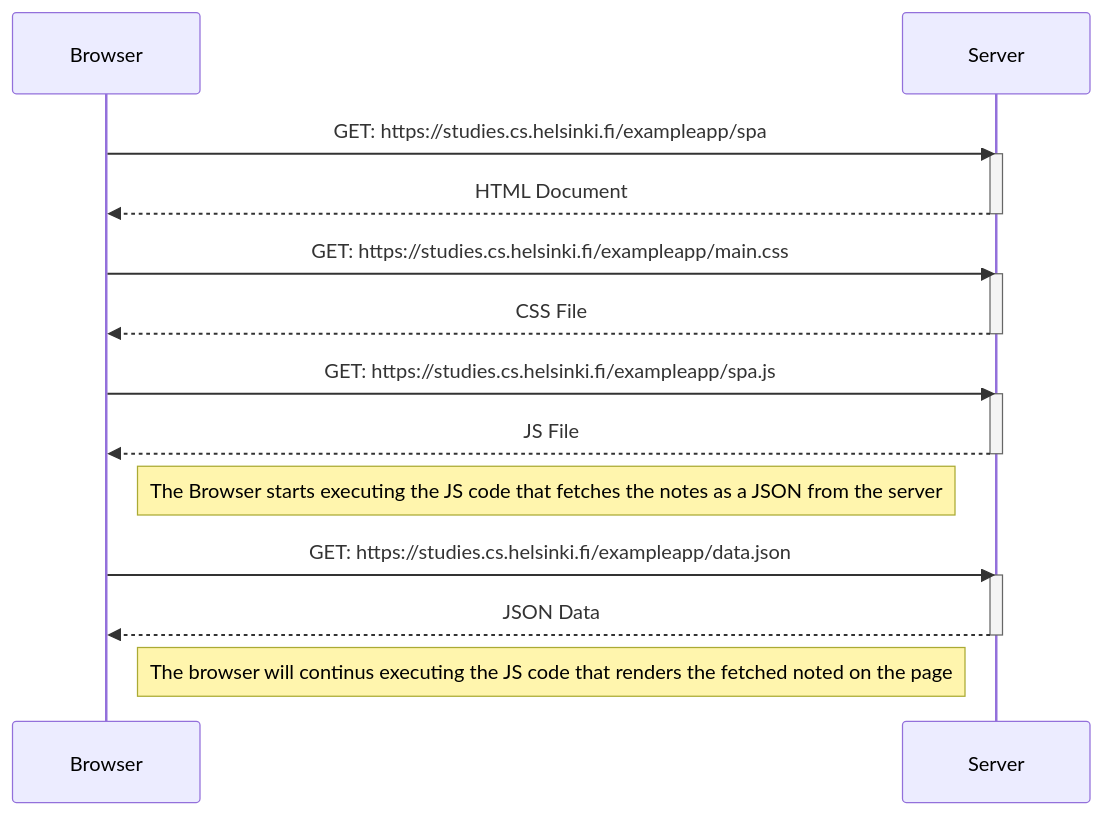
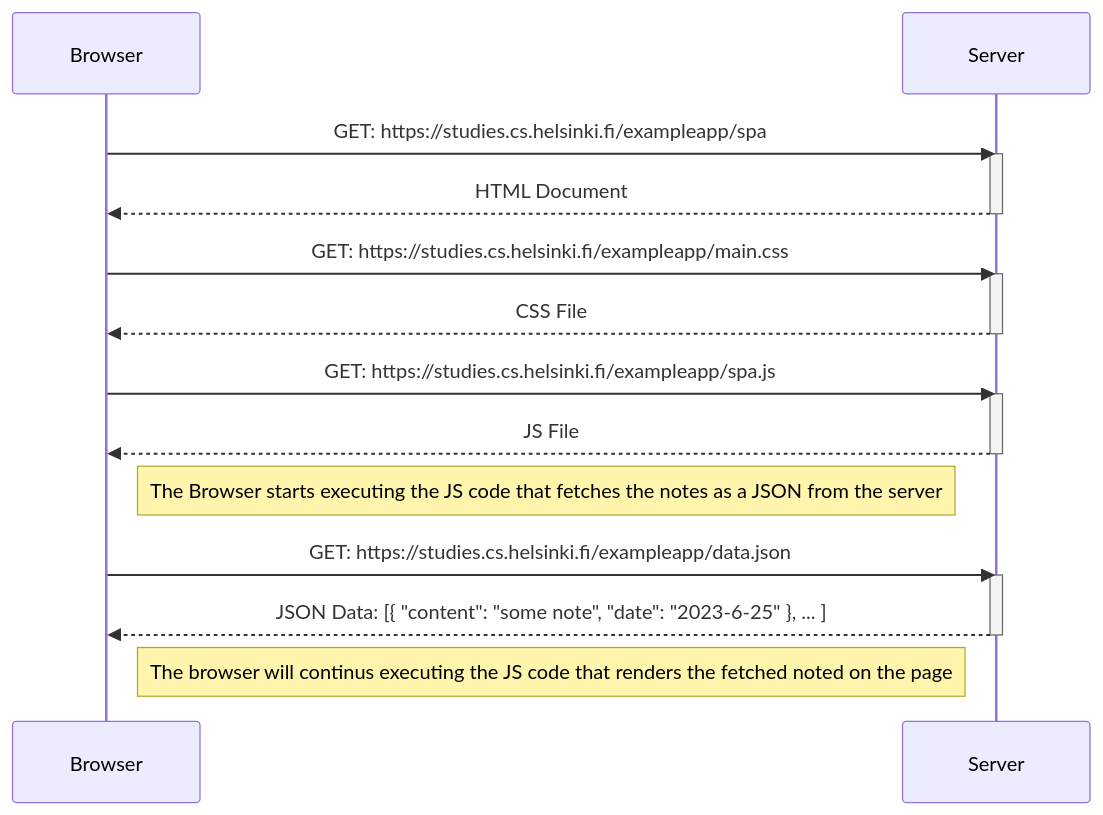
One commit to 3li7u/fullstackcourse changed the diagram in part0/0.5.Single_page_app_diagram/spa.mmd. Above: the diagram before and after it, drawn with Mermaid. The commit also changed 2 other files, not shown here.

````diff
--- a/part0/0.5.Single_page_app_diagram/spa.mmd
+++ b/part0/0.5.Single_page_app_diagram/spa.mmd
@@ -1,29 +1,29 @@
 ```mermaid
   sequenceDiagram
   participant Browser
   participant Server
 
   Browser ->> Server: GET: https://studies.cs.helsinki.fi/exampleapp/spa
   activate Server
   Server -->> Browser: HTML Document
   deactivate Server
 
   Browser ->> Server: GET: https://studies.cs.helsinki.fi/exampleapp/main.css
   activate Server
   Server -->> Browser: CSS File
   deactivate Server
 
   Browser ->> Server: GET: https://studies.cs.helsinki.fi/exampleapp/spa.js
   activate Server
   Server -->> Browser: JS File
   deactivate Server
 
   Note right of Browser: The Browser starts executing the JS code that fetches the notes as a JSON from the server
 
   Browser ->> Server: GET: https://studies.cs.helsinki.fi/exampleapp/data.json
   activate Server
-  Server -->> Browser: JSON Data
+  Server -->> Browser: JSON Data: [{ "content": "some note", "date": "2023-6-25" }, ... ]
   deactivate Server
 
   Note right of Browser: The browser will continus executing the JS code that renders the fetched noted on the page
 ```
````
